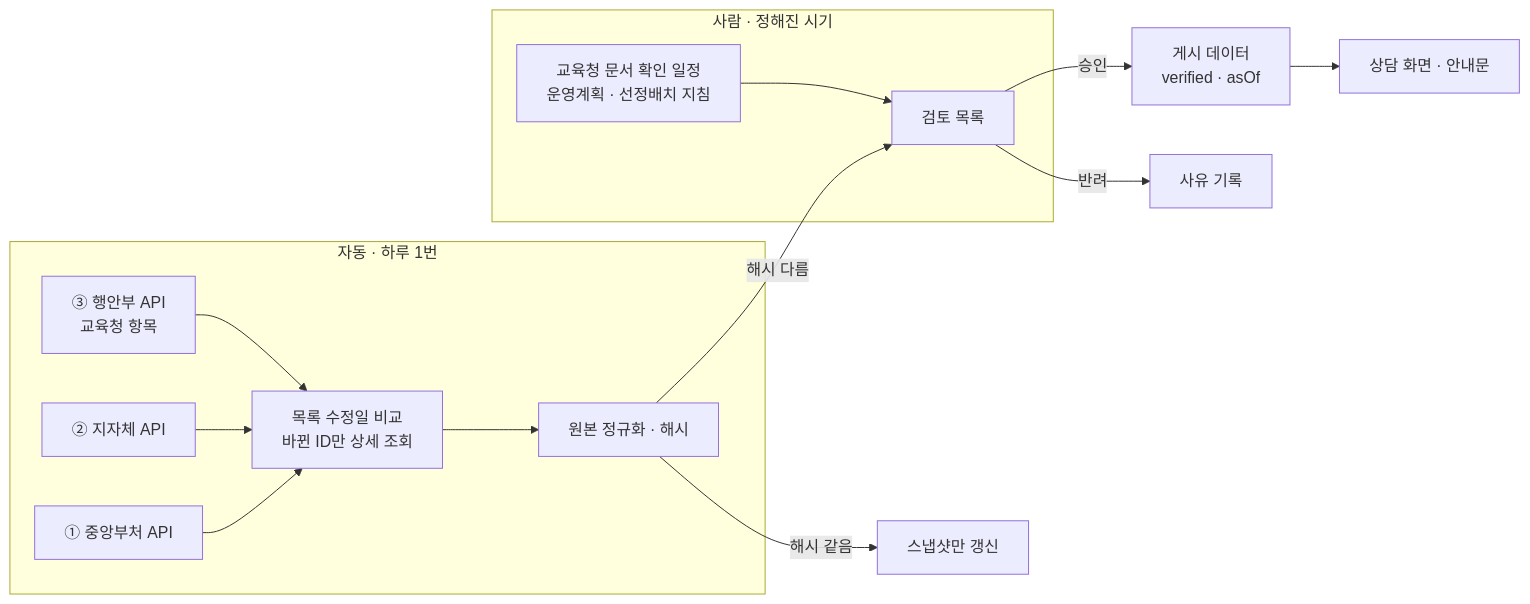
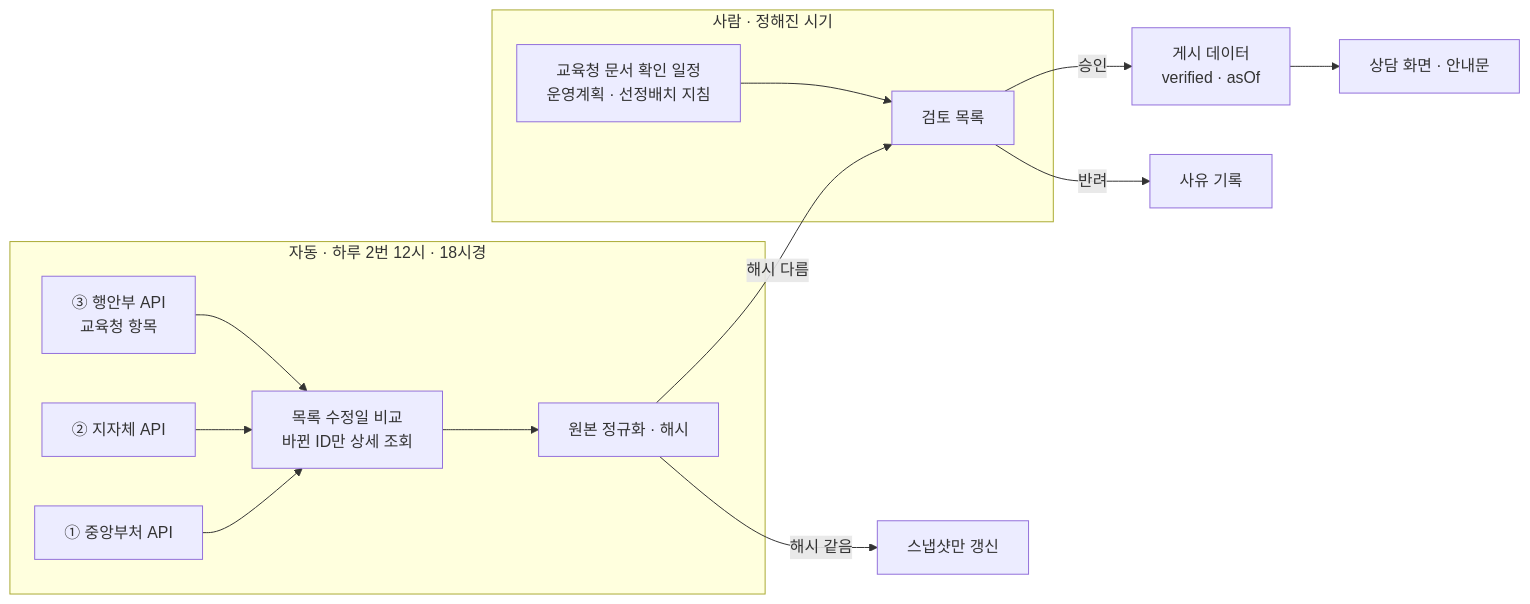
One commit to yeonguk4100/Like-BamTi changed the diagram in docs/데이터-갱신-파이프라인.md. Above: the diagram before and after it, drawn with Mermaid. The commit also changed other lines of this file and 9 other files, not shown here.

````diff
--- a/docs/데이터-갱신-파이프라인.md
+++ b/docs/데이터-갱신-파이프라인.md
@@ -14,17 +14,17 @@
 ```mermaid
 flowchart LR
-  subgraph auto[자동 · 하루 1번]
+  subgraph auto[자동 · 하루 2번 12시 · 18시경]
     A1[① 중앙부처 API] --> S
     A2[② 지자체 API] --> S
     A3[③ 행안부 API<br/>교육청 항목] --> S
     S[목록 수정일 비교<br/>바뀐 ID만 상세 조회] --> H[원본 정규화 · 해시]
   end
   H -->|해시 같음| K[스냅샷만 갱신]
   H -->|해시 다름| Q[검토 목록]
   subgraph human[사람 · 정해진 시기]
     D[교육청 문서 확인 일정<br/>운영계획 · 선정배치 지침] --> Q
   end
   Q -->|승인| P[게시 데이터<br/>verified · asOf]
   Q -->|반려| R[사유 기록]
   P --> UI[상담 화면 · 안내문]
 ```
````
